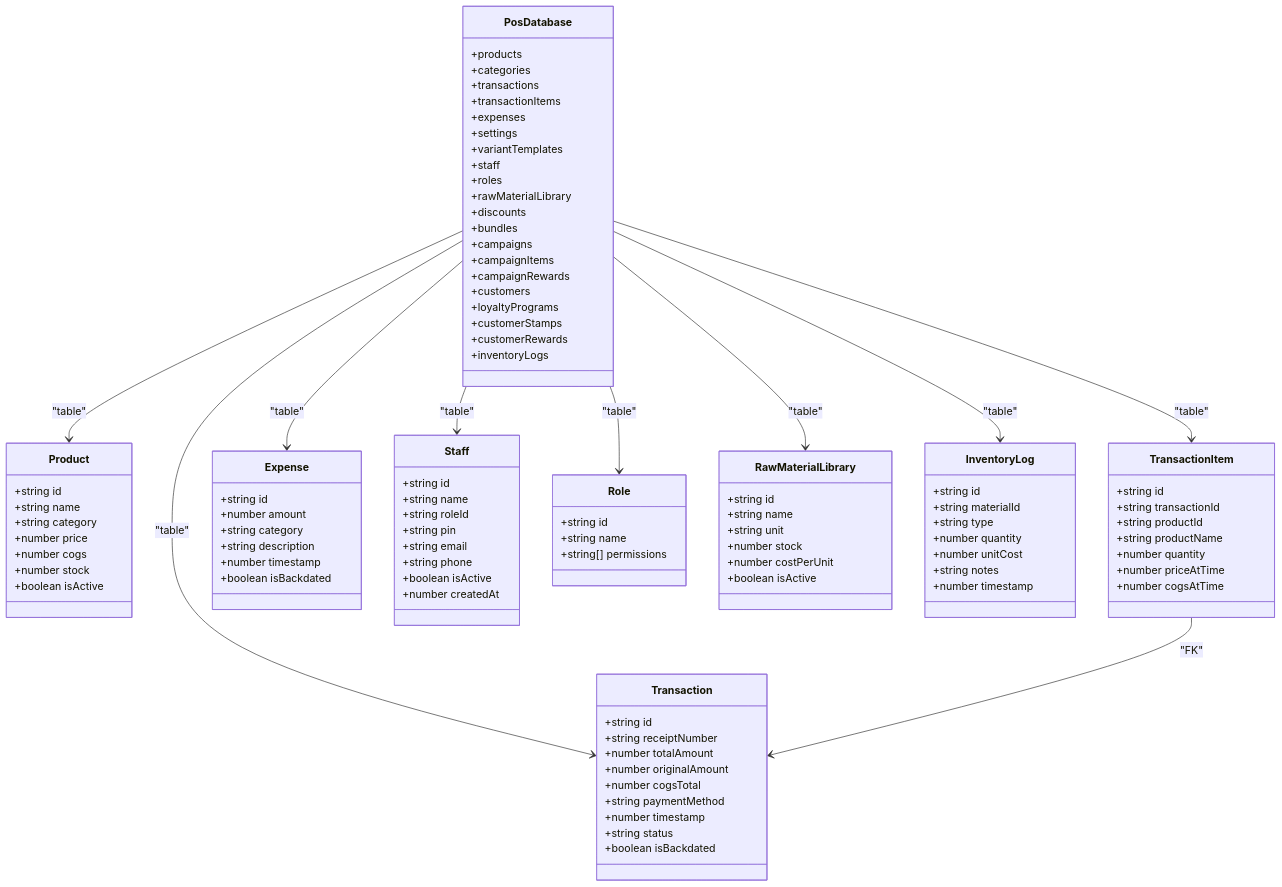
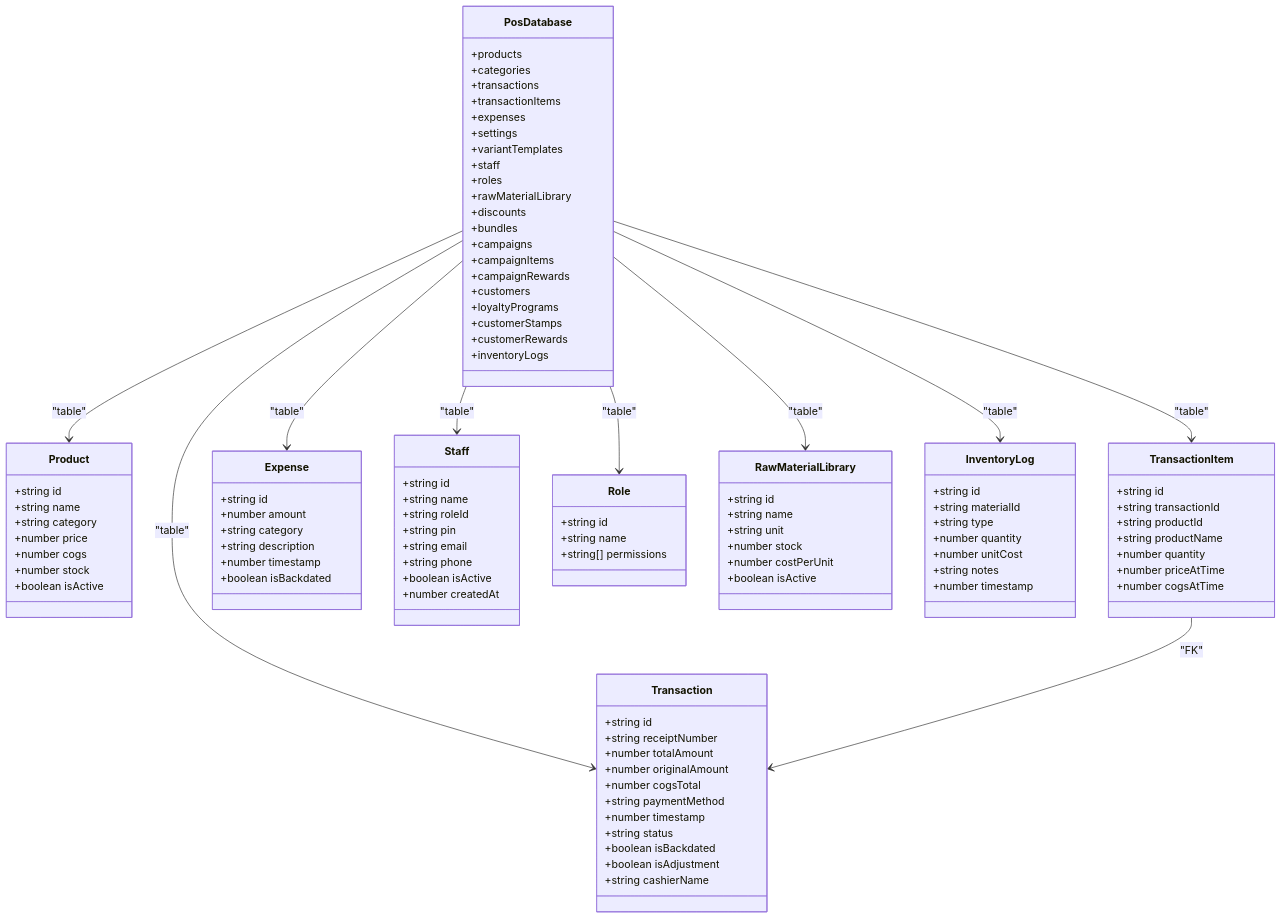
Before and after one commit to riod94/ngepos: the third of 7 diagrams in .qoder/repowiki/en/content/Database Design.md, drawn with Mermaid. The commit also changed other lines of this file and 51 other files, not shown here.

```diff
--- a/.qoder/repowiki/en/content/Database Design.md
+++ b/.qoder/repowiki/en/content/Database Design.md
@@ -191,6 +202,8 @@
 +number timestamp
 +string status
 +boolean isBackdated
++boolean isAdjustment
++string cashierName
 }
 class TransactionItem {
 +string id
```
